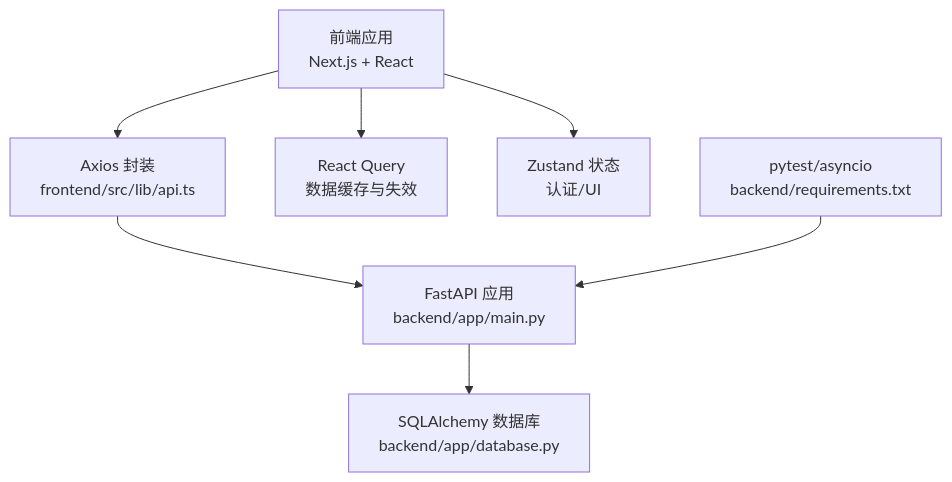
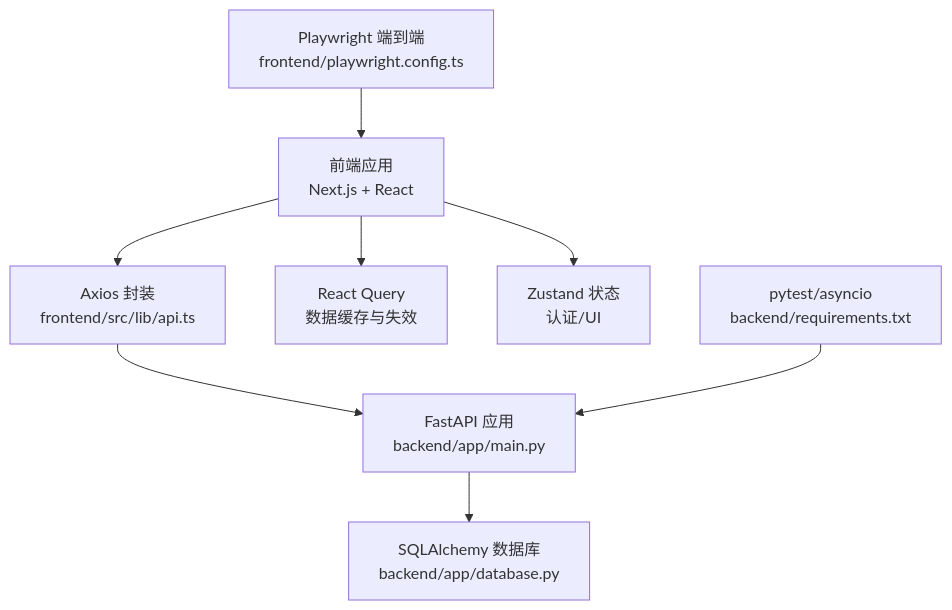
The second of 6 diagrams in .qoder/repowiki/zh/content/开发指南/测试策略/测试策略.md (gujialind/InvestRing), drawn with Mermaid before and after one commit. The commit also changed other lines of this file and 53 other files, not shown here.

````diff
--- a/.qoder/repowiki/zh/content/开发指南/测试策略/测试策略.md
+++ b/.qoder/repowiki/zh/content/开发指南/测试策略/测试策略.md
@@ -120,16 +129,18 @@
 ```mermaid
 graph TB
 FE["前端应用<br/>Next.js + React"]
 AX["Axios 封装<br/>frontend/src/lib/api.ts"]
 RQ["React Query<br/>数据缓存与失效"]
 ZU["Zustand 状态<br/>认证/UI"]
 BK["FastAPI 应用<br/>backend/app/main.py"]
 DB["SQLAlchemy 数据库<br/>backend/app/database.py"]
 PY["pytest/asyncio<br/>backend/requirements.txt"]
+PW["Playwright 端到端<br/>frontend/playwright.config.ts"]
 FE --> AX
 AX --> BK
 FE --> RQ
 FE --> ZU
 BK --> DB
 PY --> BK
+PW --> FE
 ```
````
